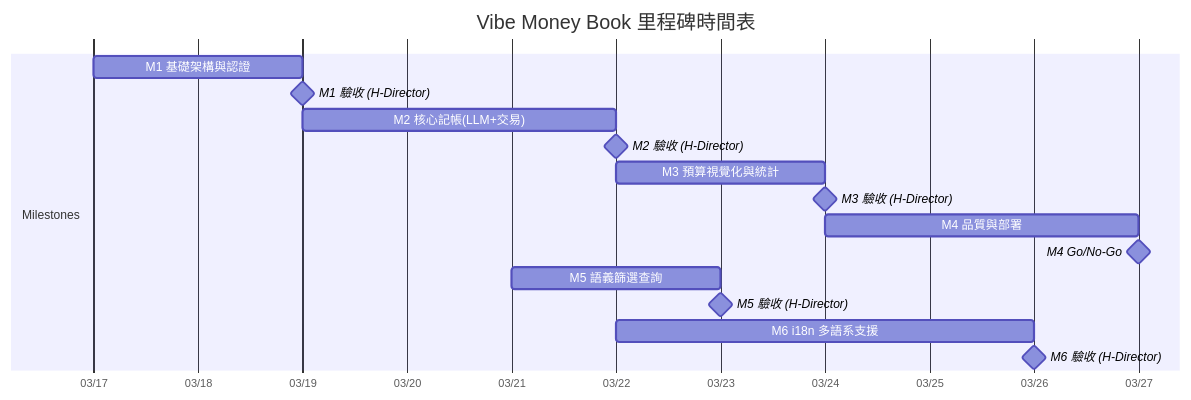
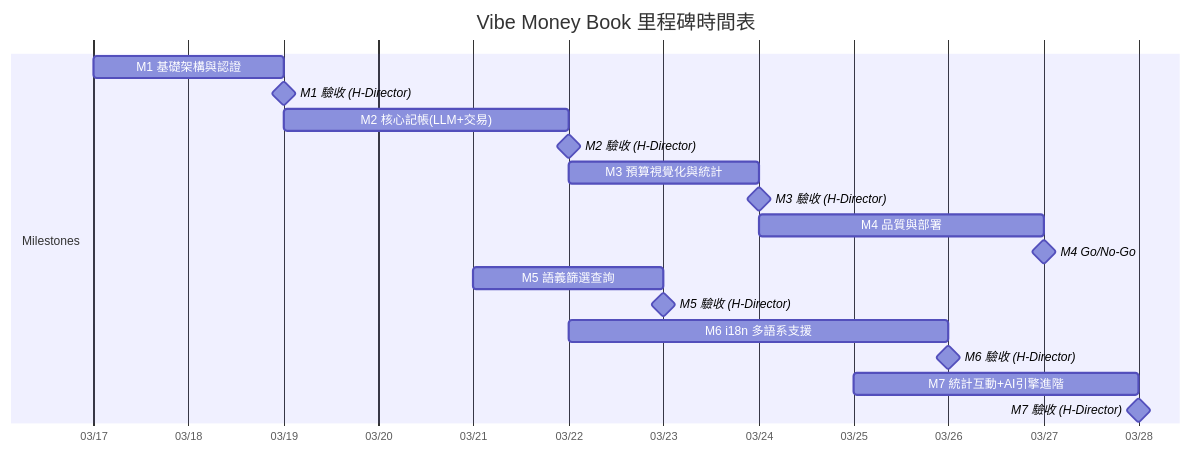
The second of 5 diagrams in docs/02-Dev_Plan.md (robin-li/vibe-money-book), drawn with Mermaid before and after one commit. The commit also changed other lines of this file and 6 other files, not shown here.

````diff
--- a/docs/02-Dev_Plan.md
+++ b/docs/02-Dev_Plan.md
@@ -93,20 +93,22 @@
 ```mermaid
 gantt
     title Vibe Money Book 里程碑時間表
     dateFormat YYYY-MM-DD
     axisFormat %m/%d
 
     section Milestones
     M1 基礎架構與認證        :m1, 2026-03-17, 2d
     M1 驗收 (H-Director)    :milestone, 2026-03-19, 0d
     M2 核心記帳(LLM+交易)    :m2, after m1, 3d
     M2 驗收 (H-Director)    :milestone, 2026-03-22, 0d
     M3 預算視覺化與統計       :m3, after m2, 2d
     M3 驗收 (H-Director)    :milestone, 2026-03-24, 0d
     M4 品質與部署            :m4, after m3, 3d
     M4 Go/No-Go             :milestone, 2026-03-27, 0d
     M5 語義篩選查詢           :m5, 2026-03-21, 2d
     M5 驗收 (H-Director)    :milestone, 2026-03-23, 0d
     M6 i18n 多語系支援        :m6, 2026-03-22, 4d
     M6 驗收 (H-Director)    :milestone, 2026-03-26, 0d
+    M7 統計互動+AI引擎進階    :m7, 2026-03-25, 3d
+    M7 驗收 (H-Director)    :milestone, 2026-03-28, 0d
 ```
````
